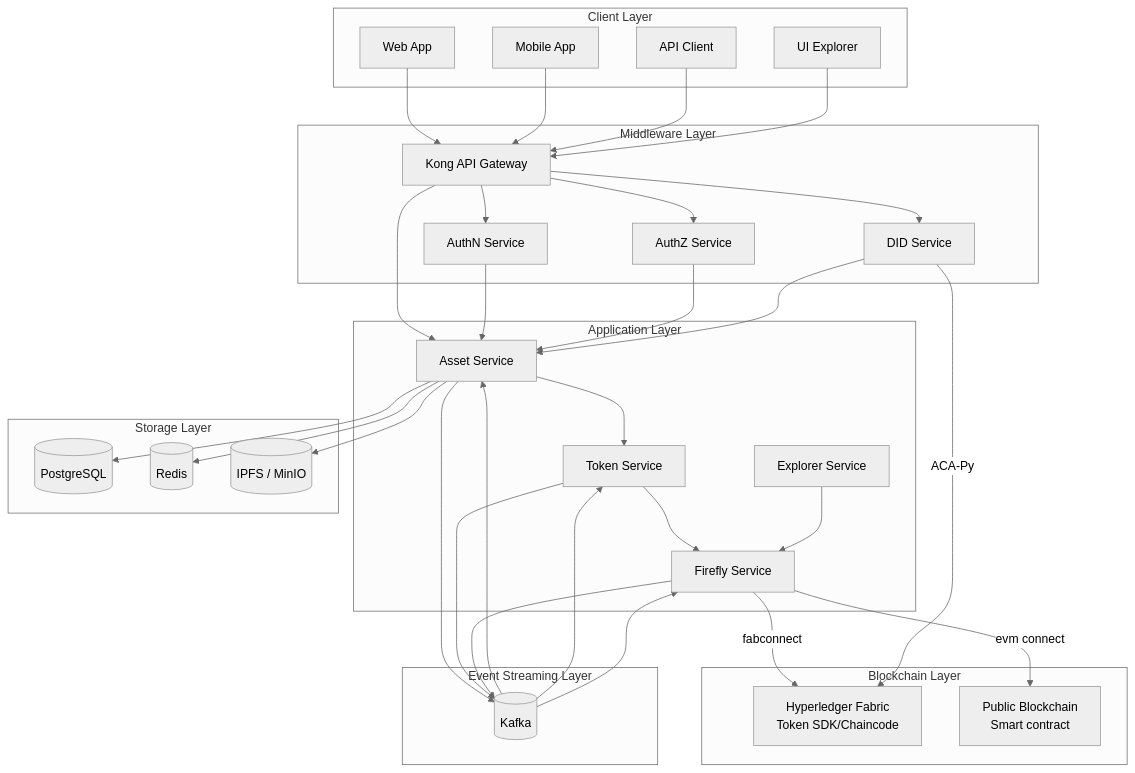
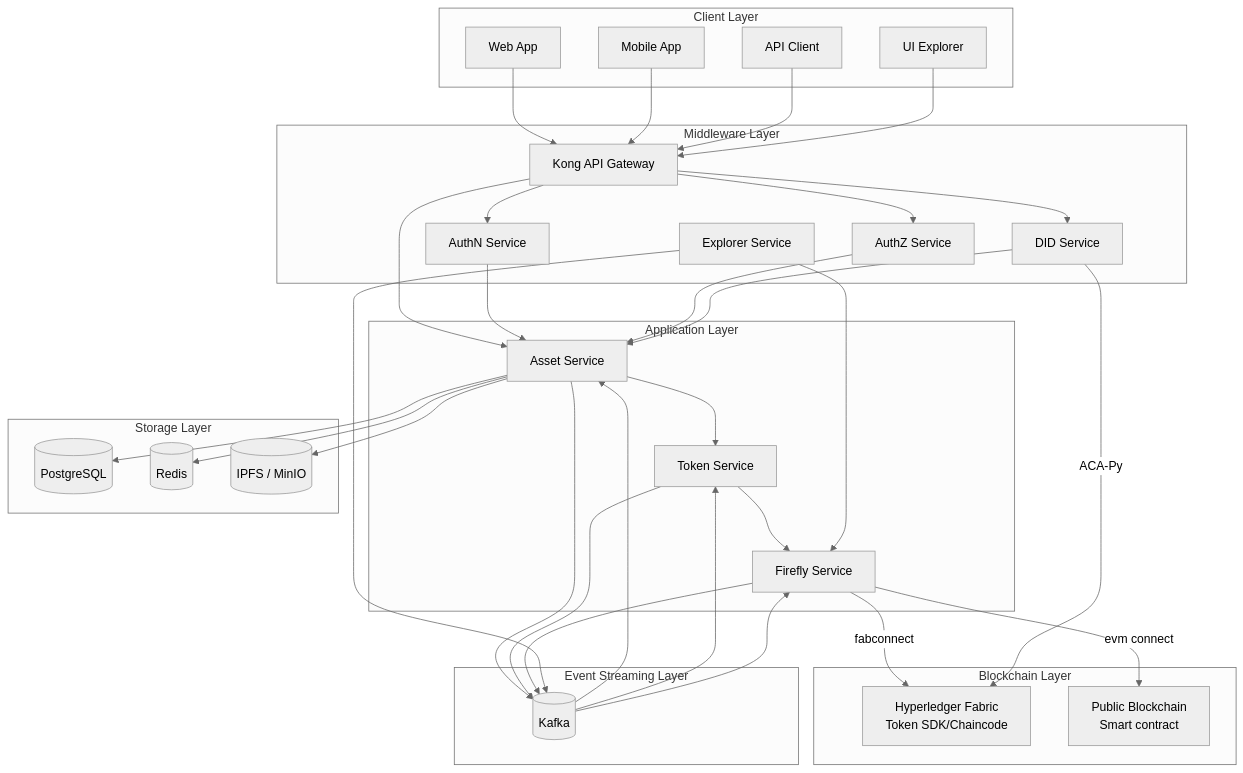
Before and after one commit to metafi-blockchain/metafi-digital-assets-service: the first of 4 diagrams in docs/architecture-design.en.md, drawn with Mermaid (neutral theme).

````diff
--- a/docs/architecture-design.en.md
+++ b/docs/architecture-design.en.md
@@ -19,71 +19,73 @@
 ```mermaid
 graph TD
     subgraph "Client Layer"
         Web[Web App]
         Mobile[Mobile App]
         API[API Client]
         Explorer[UI Explorer]
     end
 
     subgraph "Middleware Layer"
         Gateway[Kong API Gateway]
         AuthN[AuthN Service]
         AuthZ[AuthZ Service]
         DID["DID Service"]
+        ExplorerService[Explorer Service]
     end
 
     subgraph "Application Layer"
         Asset[Asset Service]
         Token[Token Service]
         Firefly[Firefly Service]
-        ExplorerService[Explorer Service]
+
     end
 
     subgraph "Blockchain Layer"
         Fabric["Hyperledger Fabric<br/>Token SDK/Chaincode"]
         PublicChain[Public Blockchain<br/>  Smart contract]
     end
 
     subgraph "Storage Layer"
         DB[(PostgreSQL)]
         Cache[(Redis)]
         Storage[(IPFS / MinIO)]
     end
 
     subgraph "Event Streaming Layer"
         Kafka[(Kafka)]
     end
 
     Web --> Gateway
     Mobile --> Gateway
     API --> Gateway
     Explorer --> Gateway
 
     Gateway --> AuthN
     Gateway --> AuthZ
     Gateway --> Asset
     Gateway --> DID
 
     AuthN --> Asset
     AuthZ --> Asset
     DID --> Asset
 
     Asset --> Token
     Token --> Firefly
     Firefly --> |fabconnect| Fabric
     Firefly --> |evm connect| PublicChain
 
     Asset --> DB
     Asset --> Cache
     Asset --> Storage
     DID -->|ACA-Py| Fabric
 
     Asset --> Kafka
     Kafka --> Asset
     Token --> Kafka
     Kafka --> Token
     Firefly --> Kafka
     Kafka --> Firefly
+    ExplorerService --> Kafka
 
     ExplorerService --> Firefly
 ```
````
